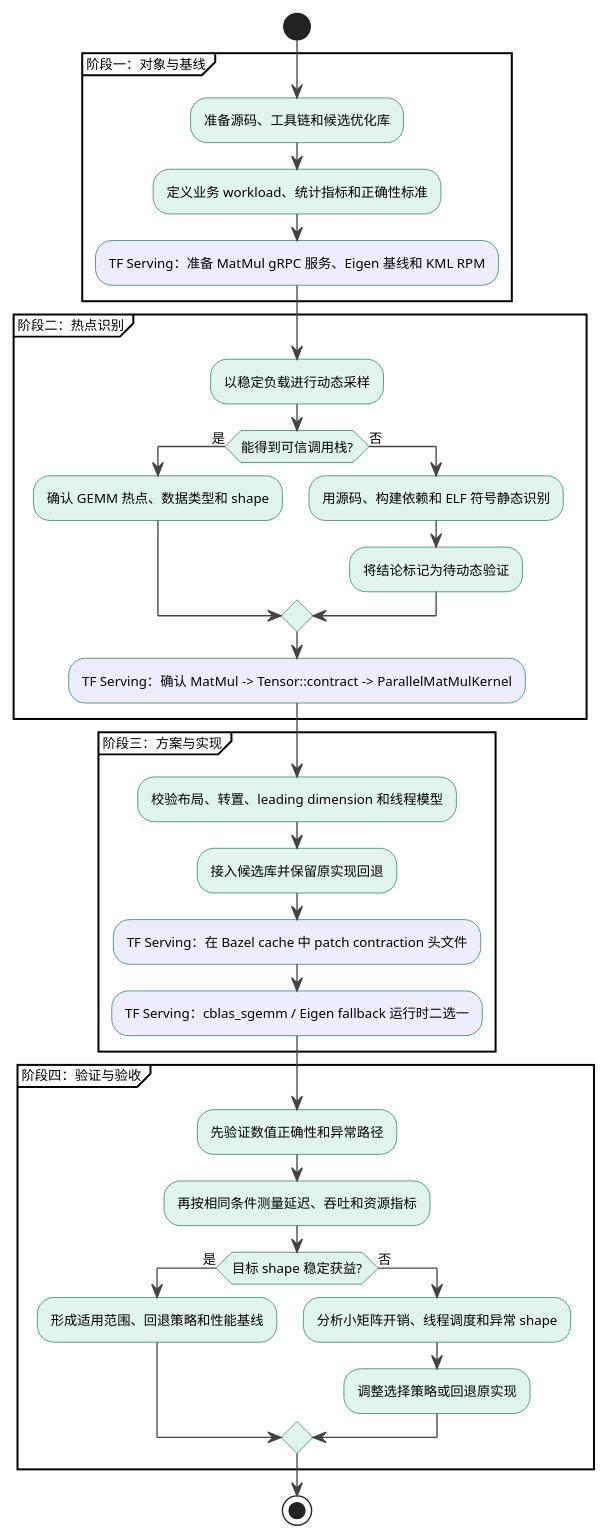
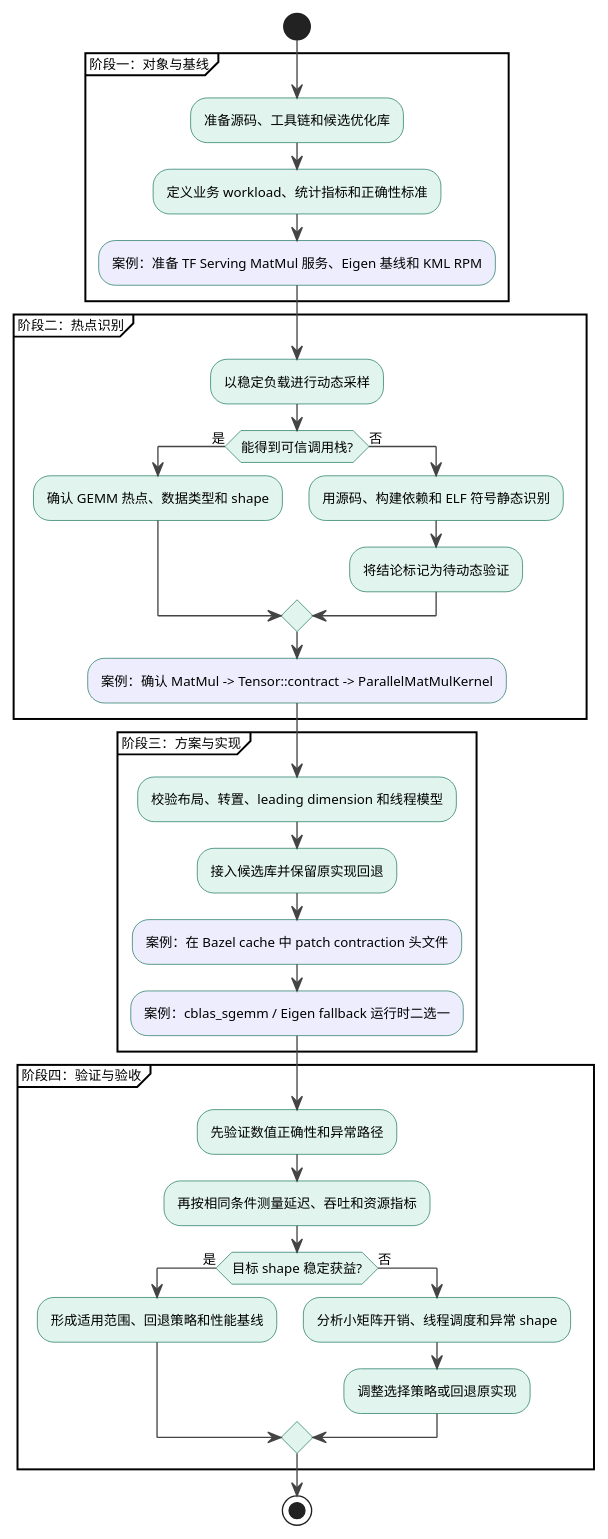
The first of 6 diagrams in references/detailed-design.md (wlmnzf40/kblas-gemm-tuning), drawn with PlantUML before and after one commit. The commit also changed other lines of this file, not shown here.

Commit message:
docs: present TF Serving as KML case study

````diff
--- a/references/detailed-design.md
+++ b/references/detailed-design.md
@@ -37,50 +37,50 @@
 ```plantuml
 @startuml
 skinparam defaultFontName "Microsoft YaHei"
 skinparam defaultFontSize 10
 skinparam ActivityBackgroundColor #E1F5EE
 skinparam ActivityBorderColor #0F6E56
 skinparam ArrowColor #444444
 skinparam DiamondBackgroundColor #FAEEDA
 skinparam DiamondBorderColor #854F0B
 
 start
 
 partition "阶段一：对象与基线" {
   :准备源码、工具链和候选优化库;
   :定义业务 workload、统计指标和正确性标准;
-  #EEEDFE:TF Serving：准备 MatMul gRPC 服务、Eigen 基线和 KML RPM;
+  #EEEDFE:案例：准备 TF Serving MatMul 服务、Eigen 基线和 KML RPM;
 }
 
 partition "阶段二：热点识别" {
   :以稳定负载进行动态采样;
   if (能得到可信调用栈?) then (是)
     :确认 GEMM 热点、数据类型和 shape;
   else (否)
     :用源码、构建依赖和 ELF 符号静态识别;
     :将结论标记为待动态验证;
   endif
-  #EEEDFE:TF Serving：确认 MatMul -> Tensor::contract -> ParallelMatMulKernel;
+  #EEEDFE:案例：确认 MatMul -> Tensor::contract -> ParallelMatMulKernel;
 }
 
 partition "阶段三：方案与实现" {
   :校验布局、转置、leading dimension 和线程模型;
   :接入候选库并保留原实现回退;
-  #EEEDFE:TF Serving：在 Bazel cache 中 patch contraction 头文件;
-  #EEEDFE:TF Serving：cblas_sgemm / Eigen fallback 运行时二选一;
+  #EEEDFE:案例：在 Bazel cache 中 patch contraction 头文件;
+  #EEEDFE:案例：cblas_sgemm / Eigen fallback 运行时二选一;
 }
 
 partition "阶段四：验证与验收" {
   :先验证数值正确性和异常路径;
   :再按相同条件测量延迟、吞吐和资源指标;
   if (目标 shape 稳定获益?) then (是)
     :形成适用范围、回退策略和性能基线;
   else (否)
     :分析小矩阵开销、线程调度和异常 shape;
     :调整选择策略或回退原实现;
   endif
 }
 
 stop
 @enduml
 ```
````
